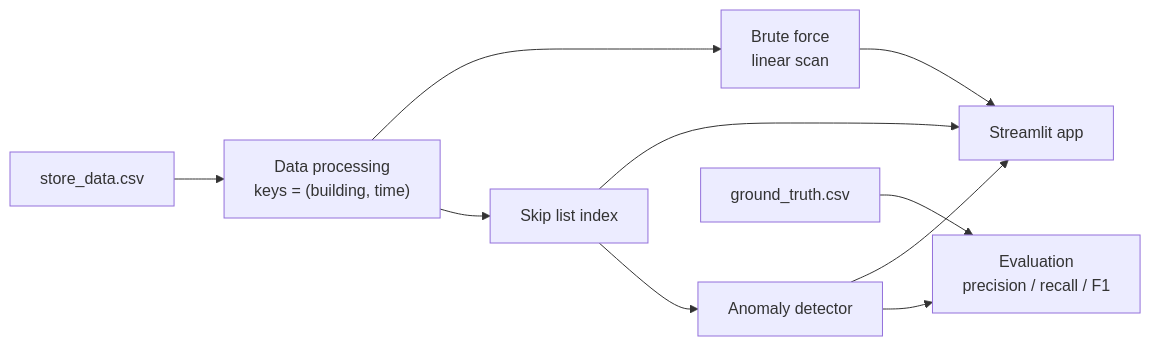
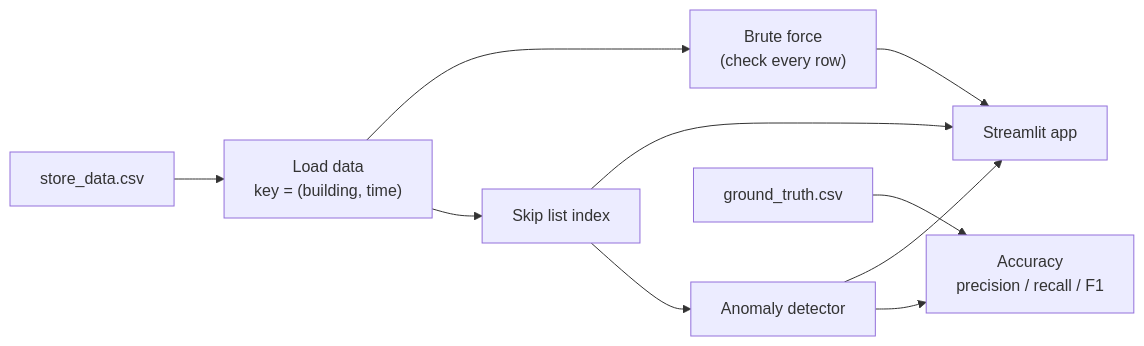
Before and after one commit to Khushboo282/Electricity-Consumption-Timeseries-Anomaly-Detector: the diagram in README.md, drawn with Mermaid. The commit also changed other lines of this file and 10 other files, not shown here.

````diff
--- a/README.md
+++ b/README.md
@@ -31,12 +36,12 @@
 ```mermaid
 flowchart LR
-    CSV["store_data.csv"] --> DP["Data processing<br/>keys = (building, time)"]
+    CSV["store_data.csv"] --> DP["Load data<br/>key = (building, time)"]
     DP --> SL["Skip list index"]
-    DP --> BF["Brute force<br/>linear scan"]
+    DP --> BF["Brute force<br/>(check every row)"]
     SL --> AD["Anomaly detector"]
-    GT["ground_truth.csv"] --> EV["Evaluation<br/>precision / recall / F1"]
+    GT["ground_truth.csv"] --> EV["Accuracy<br/>precision / recall / F1"]
     AD --> EV
     SL --> UI["Streamlit app"]
     BF --> UI
     AD --> UI
 ```
````
